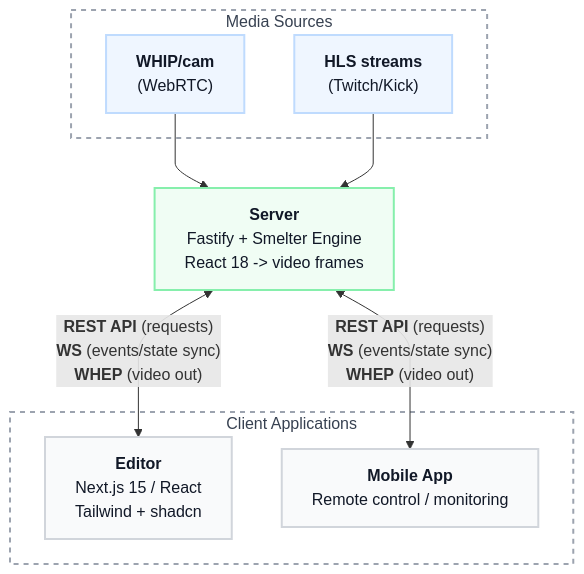
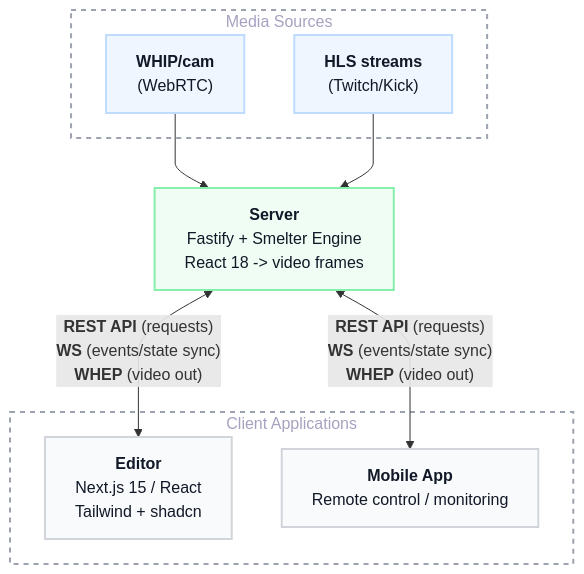
Before and after one commit to smelter-labs/smelter-editor: the diagram in README.md, drawn with Mermaid.

Commit message:
fix(docs): Changed color for better README.md visibility

````diff
--- a/README.md
+++ b/README.md
@@ -7,37 +7,37 @@
 ```mermaid
 %%{init: {'flowchart': {'curve': 'monotoneY'}} }%%
 flowchart TD
     %% Media Inputs Subgraph
     subgraph Sources ["Media Sources"]
         WHIP["<b>WHIP/cam</b><br/>(WebRTC)"]
         HLS["<b>HLS streams</b><br/>(Twitch/Kick)"]
     end
 
     %% Core Server (Middle)
     Server["<b>Server</b><br/>Fastify + Smelter Engine<br/>React 18 -> video frames"]
 
     %% Clients Subgraph
     subgraph Clients ["Client Applications"]
         Editor["<b>Editor</b><br/>Next.js 15 / React<br/>Tailwind + shadcn"]
         Mobile["<b>Mobile App</b><br/>Remote control / monitoring"]
     end
 
     %% Flow of external media into the server
     WHIP --> Server
     HLS --> Server
 
     %% Grouped bidirectional client connections
     Server <-->|"<b>REST API</b> (requests)<br/><b>WS</b> (events/state sync)<br/><b>WHEP</b> (video out)"| Editor
     Server <-->|"<b>REST API</b> (requests)<br/><b>WS</b> (events/state sync)<br/><b>WHEP</b> (video out)"| Mobile
 
     %% Node Styling
     style Editor fill:#f9fafb,stroke:#d1d5db,stroke-width:2px,color:#111827
     style Mobile fill:#f9fafb,stroke:#d1d5db,stroke-width:2px,color:#111827
     style Server fill:#f0fdf4,stroke:#86efac,stroke-width:2px,color:#111827
     style WHIP fill:#eff6ff,stroke:#bfdbfe,stroke-width:2px,color:#111827
     style HLS fill:#eff6ff,stroke:#bfdbfe,stroke-width:2px,color:#111827
 
     %% Subgraph Styling
-    style Sources fill:none,stroke:#9ca3af,stroke-width:2px,stroke-dasharray: 5 5,color:#374151
-    style Clients fill:none,stroke:#9ca3af,stroke-width:2px,stroke-dasharray: 5 5,color:#374151
+    style Sources fill:none,stroke:#9ca3af,stroke-width:2px,stroke-dasharray: 5 5,color:#a7a1c1
+    style Clients fill:none,stroke:#9ca3af,stroke-width:2px,stroke-dasharray: 5 5,color:#a7a1c1
 ```
````
